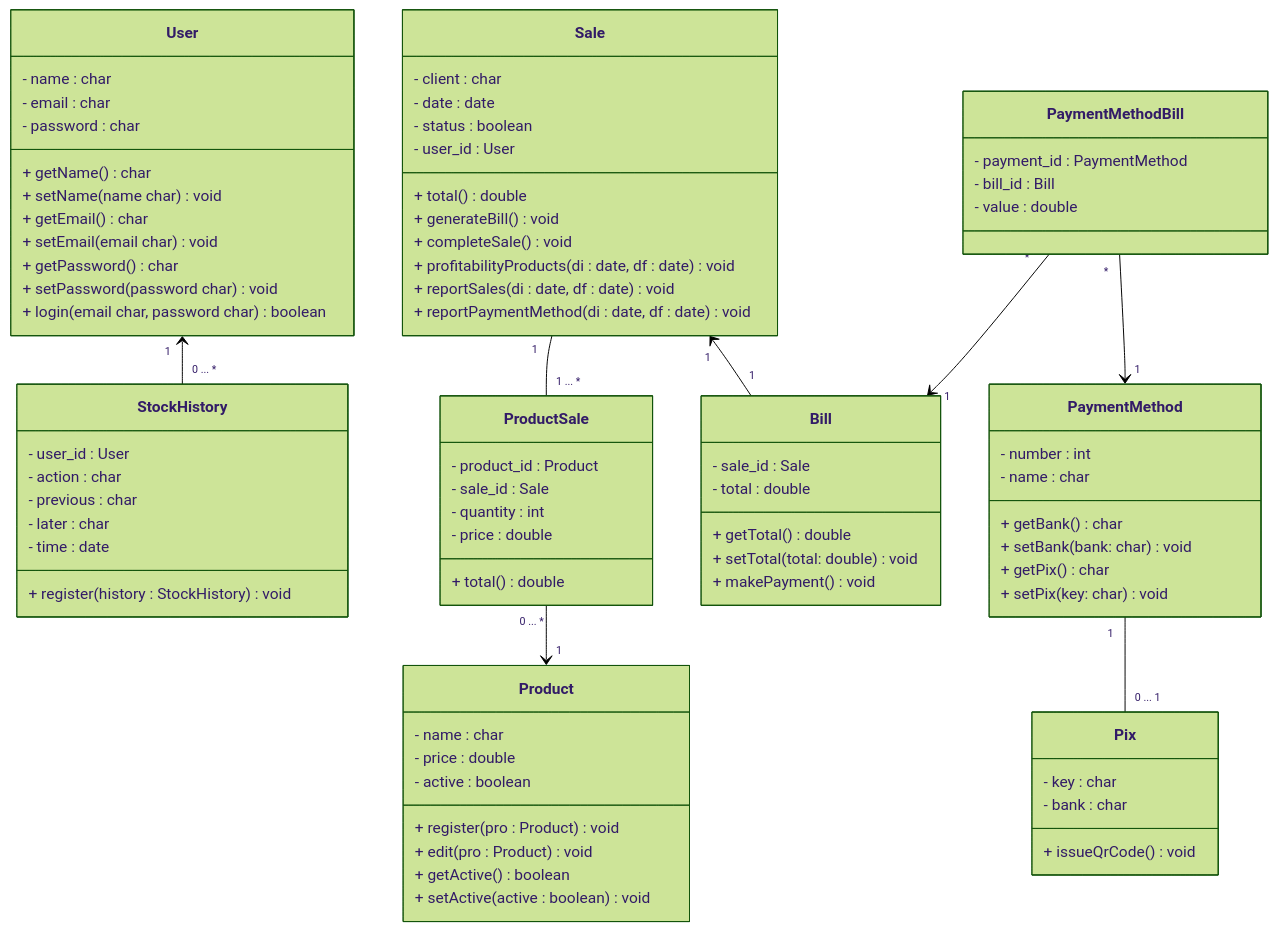
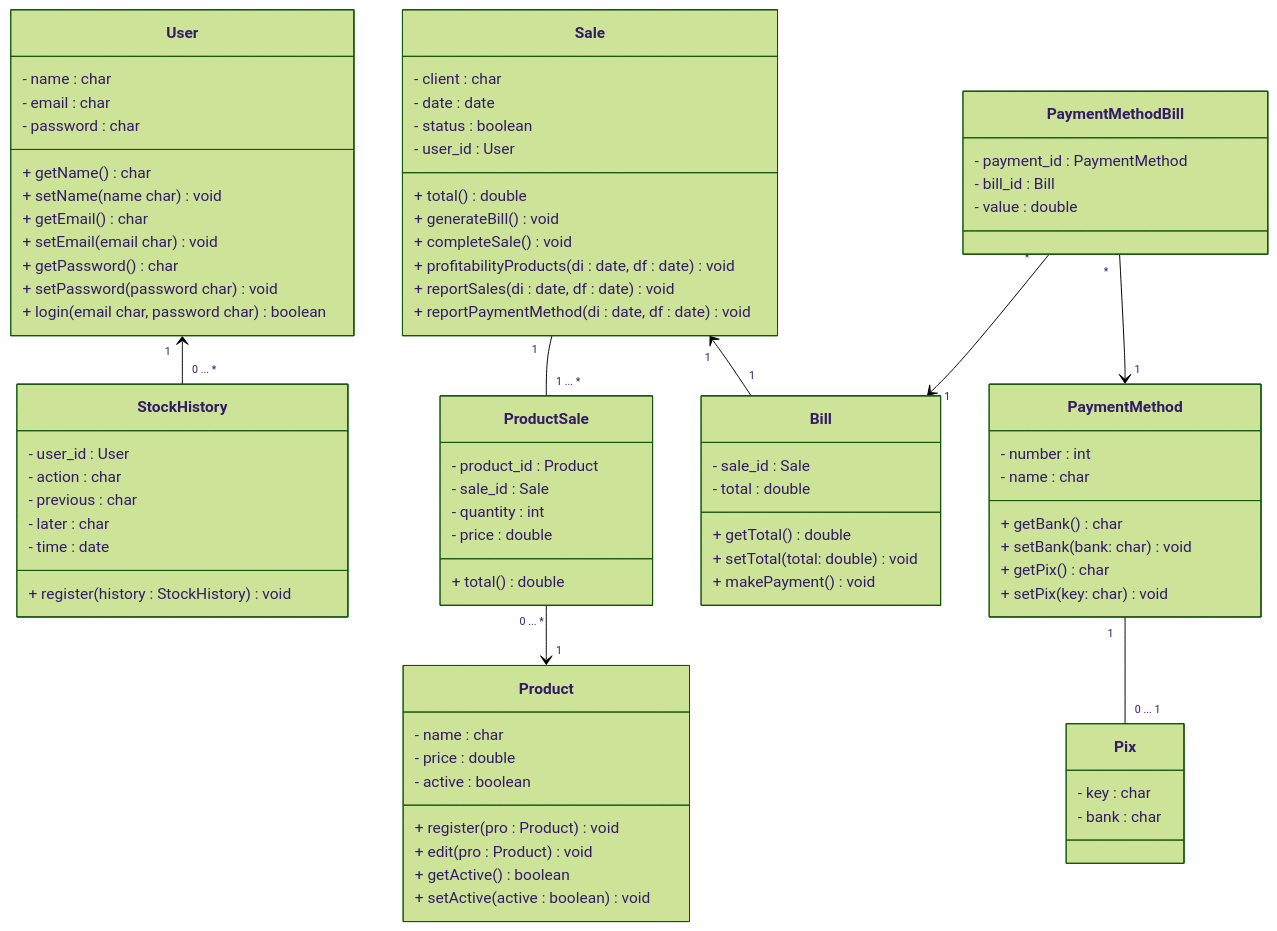
The first of 2 diagrams in docs/doc_modelo.md (vitordaniel31/sisvenda), drawn with Mermaid (forest theme) before and after one commit. The commit also changed other lines of this file and 4 other files, not shown here.

```diff
--- a/docs/doc_modelo.md
+++ b/docs/doc_modelo.md
@@ -81,7 +81,6 @@
     class Pix{
         - key : char
         - bank : char
-        + issueQrCode() void
     }
     User "1" <-- "0 ... *" StockHistory
     ProductSale "0 ... *" --> "1" Product
```
